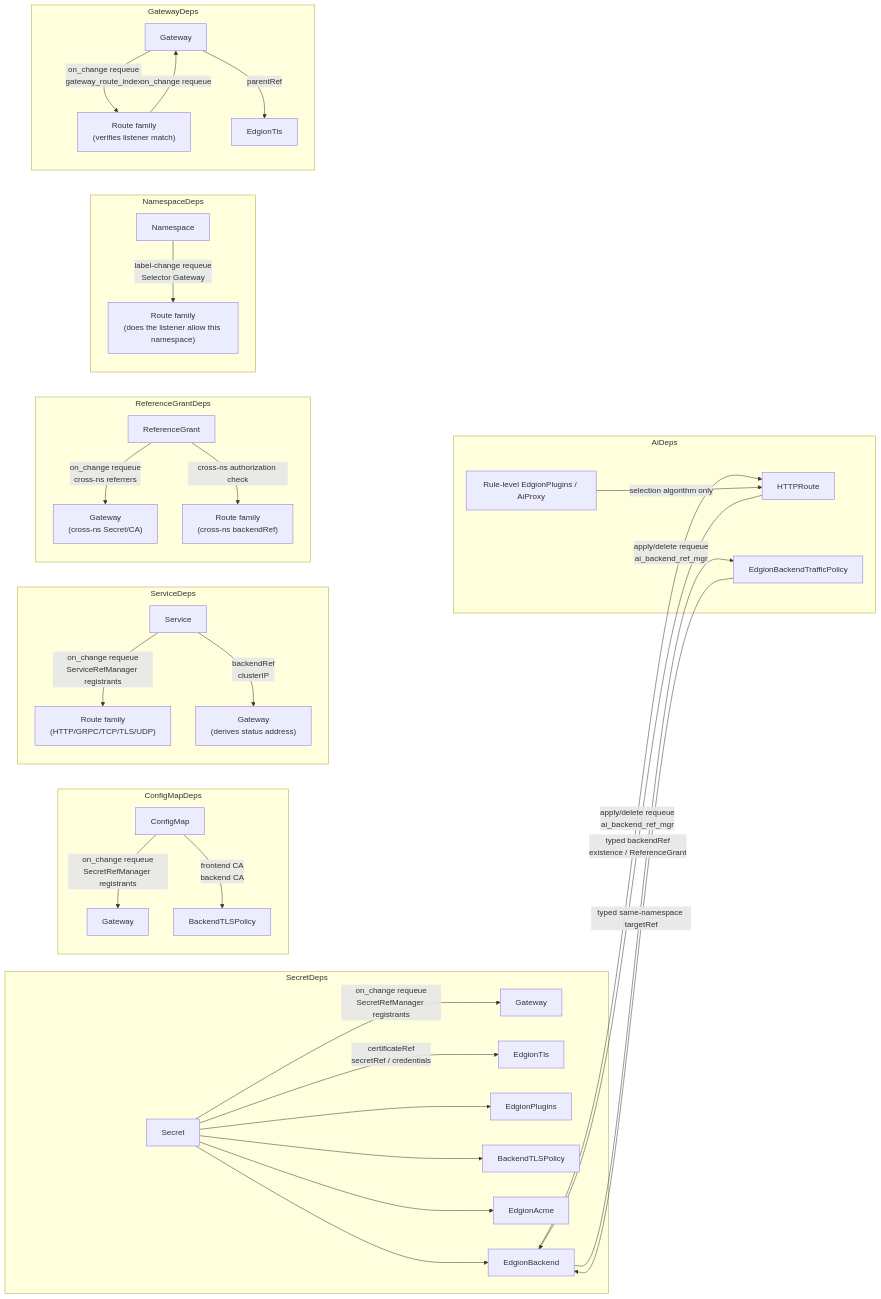
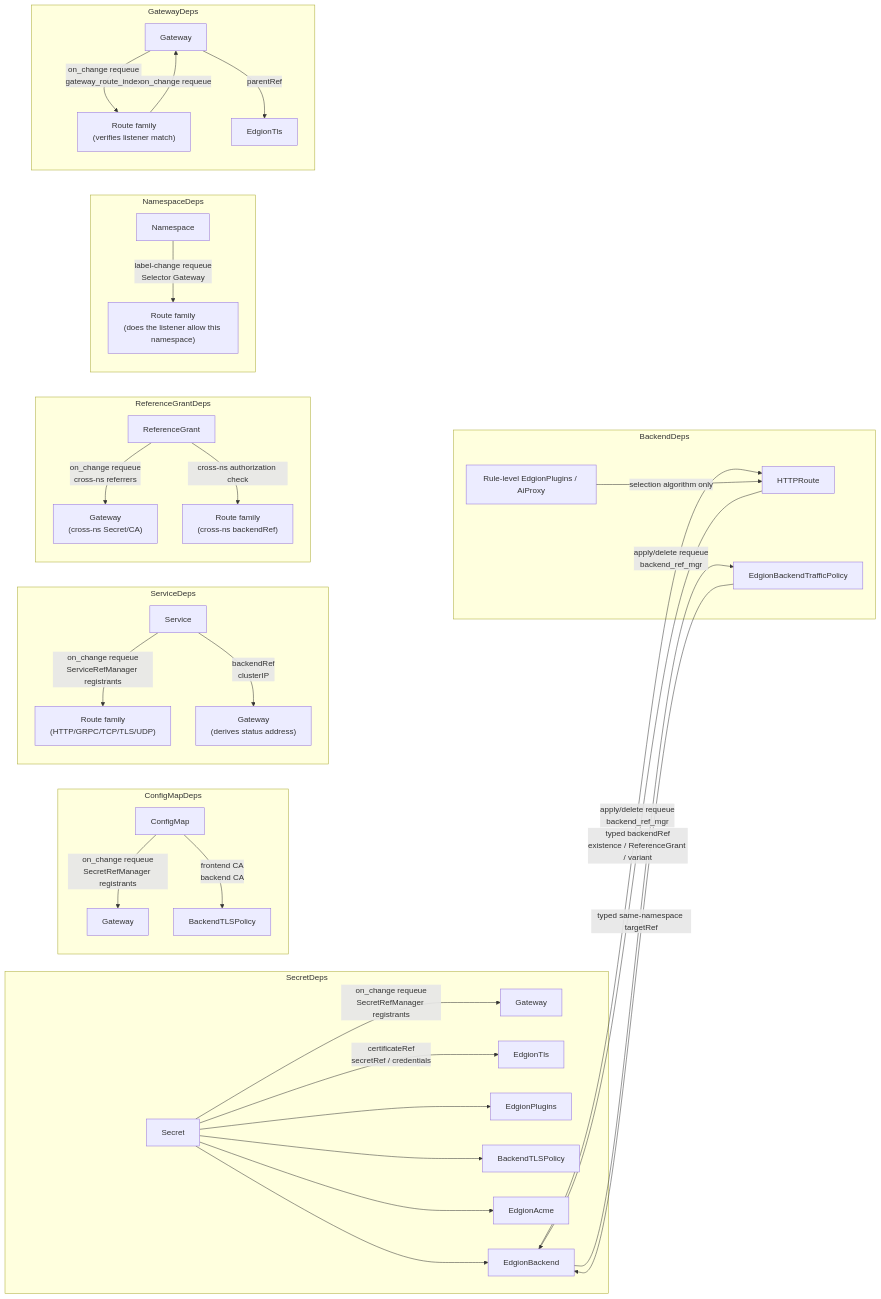
Before and after one commit to Pandaala/Edgion: the diagram in skills/01-architecture/05-resources/19-resource-dependency.md, drawn with Mermaid. The commit also changed other lines of this file and 16 other files, not shown here.

````diff
--- a/skills/01-architecture/05-resources/19-resource-dependency.md
+++ b/skills/01-architecture/05-resources/19-resource-dependency.md
@@ -12,44 +12,44 @@
 ```mermaid
 flowchart LR
     subgraph SecretDeps
         Secret -- "on_change requeue\nSecretRefManager registrants" --> Gateway
         Secret -- "certificateRef\nsecretRef / credentials" --> EdgionTls
         Secret --> EdgionPlugins
         Secret --> BackendTLSPolicy
         Secret --> EdgionAcme
         Secret --> EdgionBackend
     end
 
     subgraph ConfigMapDeps
         ConfigMap -- "on_change requeue\nSecretRefManager registrants" --> Gateway2[Gateway]
         ConfigMap -- "frontend CA\nbackend CA" --> BackendTLSPolicy2[BackendTLSPolicy]
     end
 
     subgraph ServiceDeps
         Service -- "on_change requeue\nServiceRefManager registrants" --> Routes["Route family\n(HTTP/GRPC/TCP/TLS/UDP)"]
         Service -- "backendRef\nclusterIP" --> Gateway3["Gateway\n(derives status address)"]
     end
 
     subgraph ReferenceGrantDeps
         ReferenceGrant -- "on_change requeue\ncross-ns referrers" --> Gateway4["Gateway\n(cross-ns Secret/CA)"]
         ReferenceGrant -- "cross-ns authorization check" --> Routes2["Route family\n(cross-ns backendRef)"]
     end
 
     subgraph NamespaceDeps
         Namespace -- "label-change requeue\nSelector Gateway" --> Routes3["Route family\n(does the listener allow this namespace)"]
     end
 
     subgraph GatewayDeps
         GW[Gateway] -- "on_change requeue\ngateway_route_index" --> Routes4["Route family\n(verifies listener match)"]
         GW -- "parentRef" --> EdgionTls2[EdgionTls]
         Routes4 -- "on_change requeue" --> GW
     end
 
-    subgraph AiDeps
-        HTTPRouteAI[HTTPRoute] -- "typed backendRef\nexistence / ReferenceGrant" --> EdgionBackend
+    subgraph BackendDeps
+        HTTPRouteBackend[HTTPRoute] -- "typed backendRef\nexistence / ReferenceGrant / variant" --> EdgionBackend
         EBTP[EdgionBackendTrafficPolicy] -- "typed same-namespace targetRef" --> EdgionBackend
-        EdgionBackend -- "apply/delete requeue\nai_backend_ref_mgr" --> HTTPRouteAI
-        EdgionBackend -- "apply/delete requeue\nai_backend_ref_mgr" --> EBTP
-        AiProxy[Rule-level EdgionPlugins / AiProxy] -- "selection algorithm only" --> HTTPRouteAI
+        EdgionBackend -- "apply/delete requeue\nbackend_ref_mgr" --> HTTPRouteBackend
+        EdgionBackend -- "apply/delete requeue\nbackend_ref_mgr" --> EBTP
+        AiProxy[Rule-level EdgionPlugins / AiProxy] -- "selection algorithm only" --> HTTPRouteBackend
     end
 ```
````
